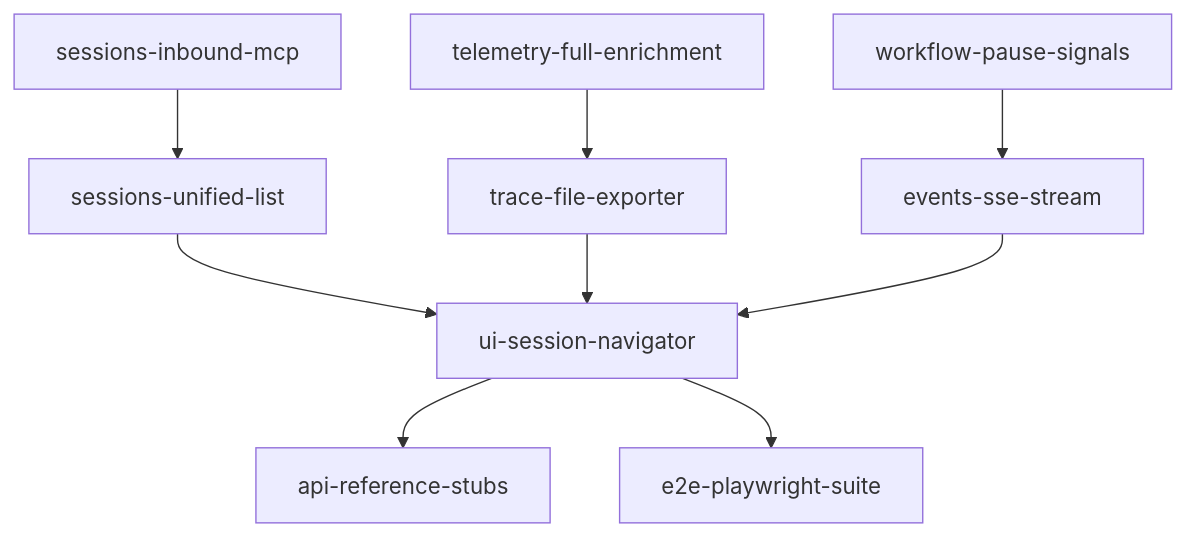
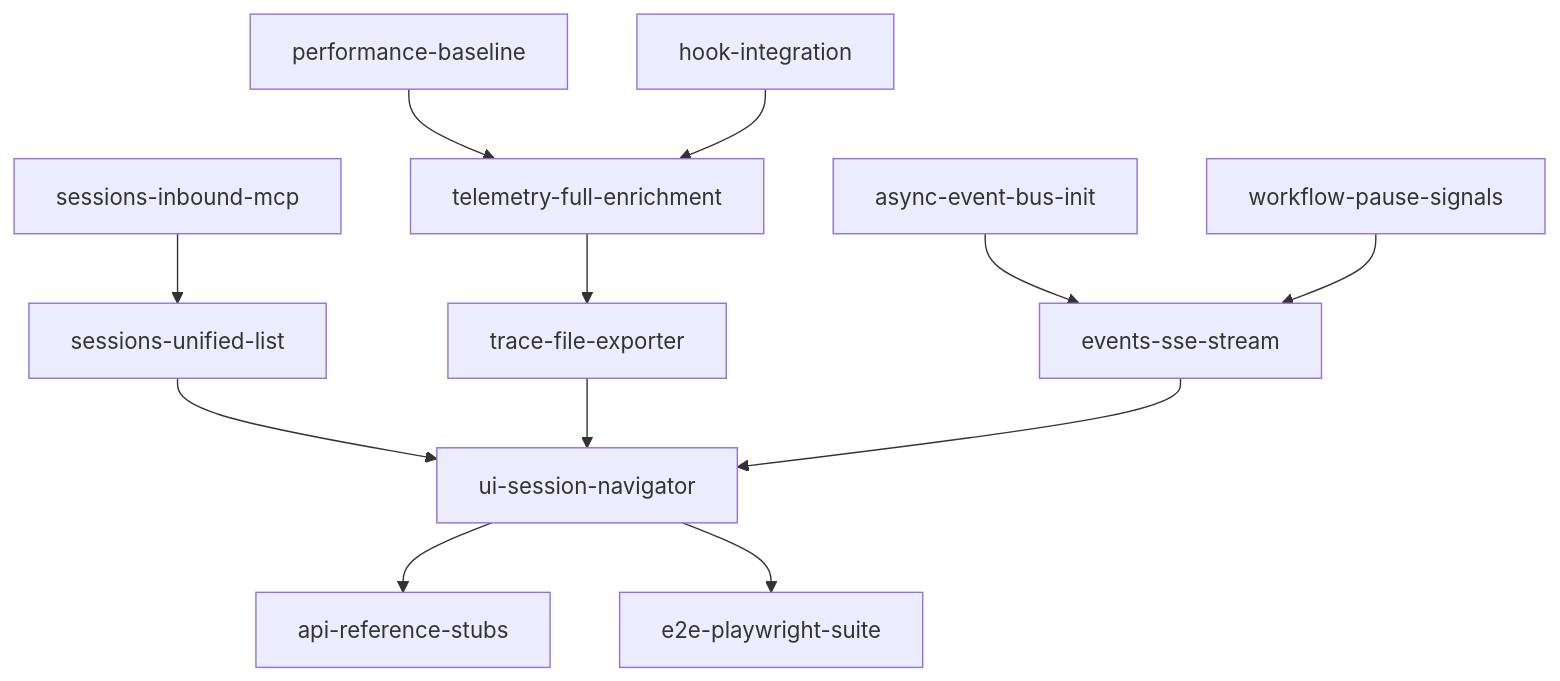
One commit to jsedgwick/mcp-agent changed the diagram in docs/inspector/milestones/2-observe/README.md. Above: the diagram before and after it, drawn with Mermaid. The commit also changed other lines of this file and 17 other files, not shown here.

````diff
--- a/docs/inspector/milestones/2-observe/README.md
+++ b/docs/inspector/milestones/2-observe/README.md
@@ -187,11 +243,14 @@
 ```mermaid
 graph TD
+    FIX[async-event-bus-init] --> C[events-sse-stream]
+    PERF[performance-baseline] --> D[telemetry-full-enrichment]
+    DOCS[hook-integration] --> D
     A[sessions-unified-list] --> G[ui-session-navigator]
     B[trace-file-exporter] --> G
-    C[events-sse-stream] --> G
-    D[telemetry-full-enrichment] --> B
+    C --> G
+    D --> B
     E[sessions-inbound-mcp] --> A
     F[workflow-pause-signals] --> C
     G --> H[api-reference-stubs]
     G --> I[e2e-playwright-suite]
 ```
````
